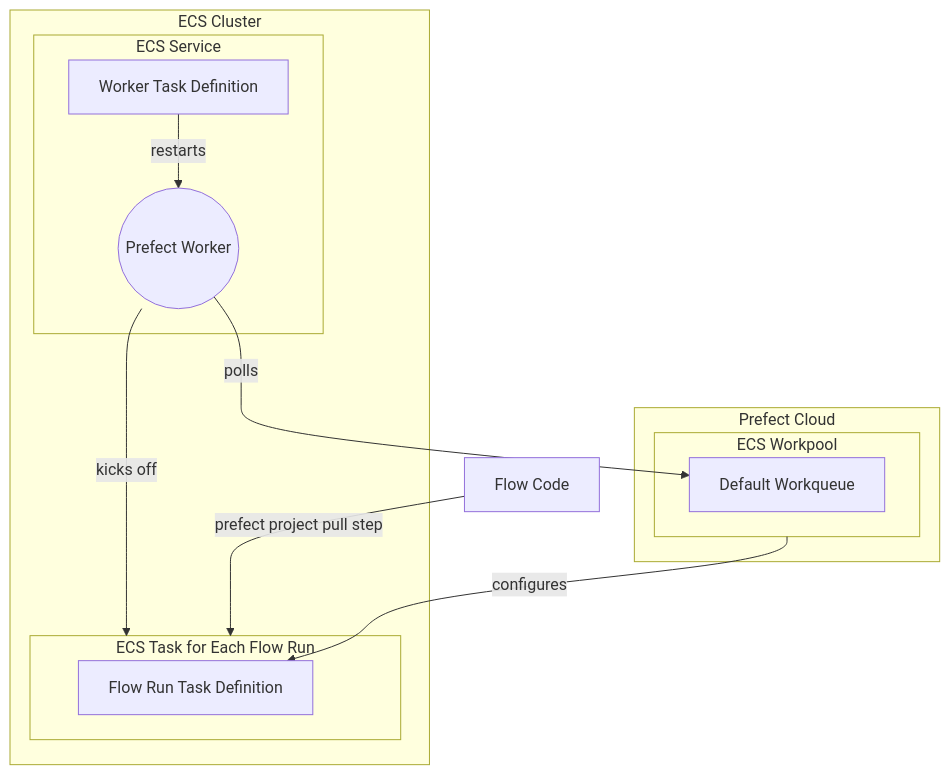
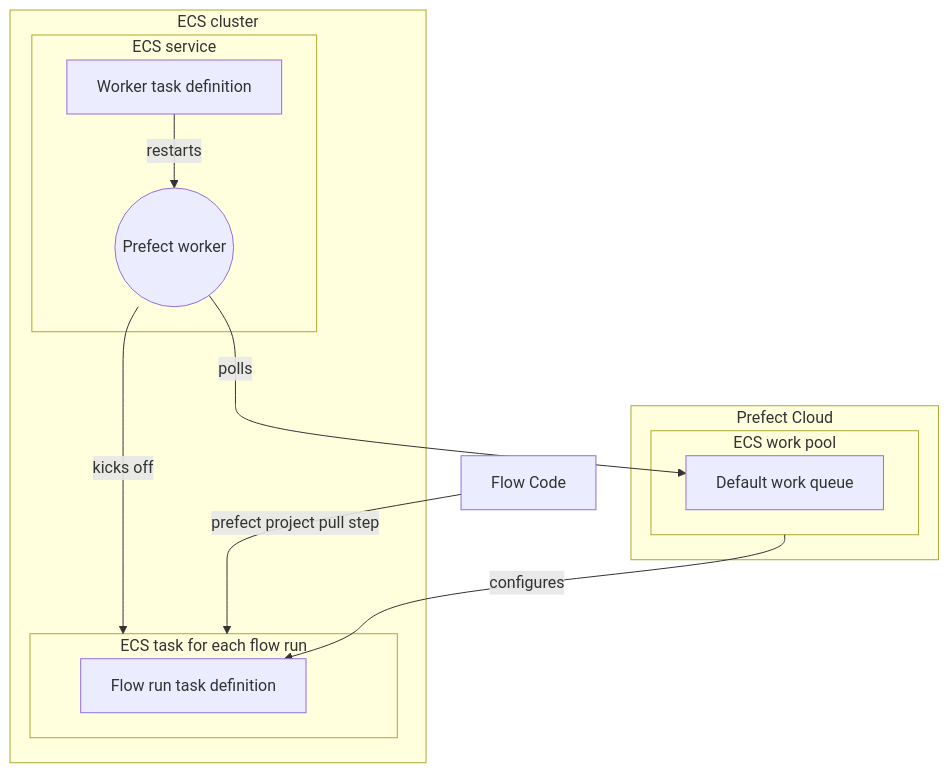
The diagram in docs/ecs_guide.md (PrefectHQ/prefect-aws), drawn with Mermaid before and after one commit. The commit also changed other lines of this file, not shown here.

````diff
--- a/docs/ecs_guide.md
+++ b/docs/ecs_guide.md
@@ -6,24 +3,24 @@
 ```mermaid
 graph TB
 
-  subgraph ecs_cluster[ECS Cluster]
-    subgraph ecs_service[ECS Service]
-      td_worker[Worker Task Definition] --> |restarts| prefect_worker((Prefect Worker))
+  subgraph ecs_cluster[ECS cluster]
+    subgraph ecs_service[ECS service]
+      td_worker[Worker task definition] --> |restarts| prefect_worker((Prefect worker))
     end
     prefect_worker -->|kicks off| ecs_task
     
-    subgraph ecs_task[ECS Task for Each Flow Run]
-      fr_task_definition[Flow Run Task Definition]
+    subgraph ecs_task[ECS task for each flow run]
+      fr_task_definition[Flow run task definition]
     end
   end
 
   subgraph prefect_cloud[Prefect Cloud]
-    subgraph prefect_workpool[ECS Workpool]
-      default_workqueue[Default Workqueue]
+    subgraph prefect_workpool[ECS work pool]
+      default_workqueue[Default work queue]
     end
   end
 
   flow_code[Flow Code] --> |prefect project pull step| ecs_task
   prefect_worker -->|polls| default_workqueue
   prefect_workpool -->|configures| fr_task_definition
 ```
````
